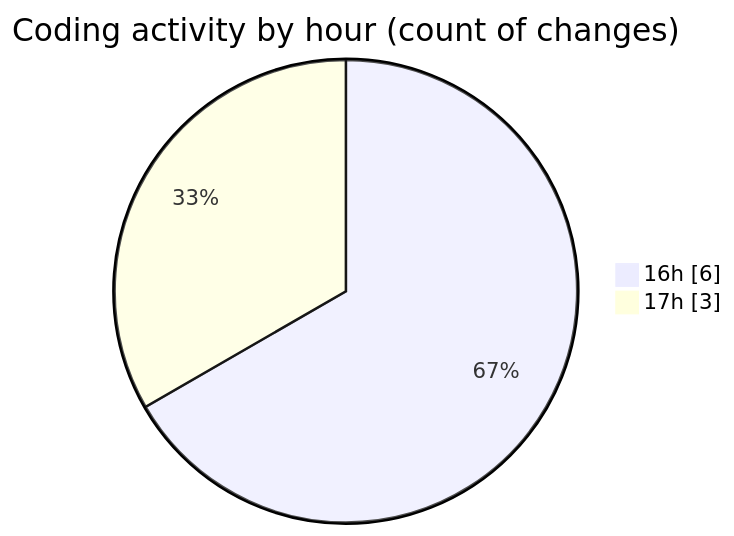
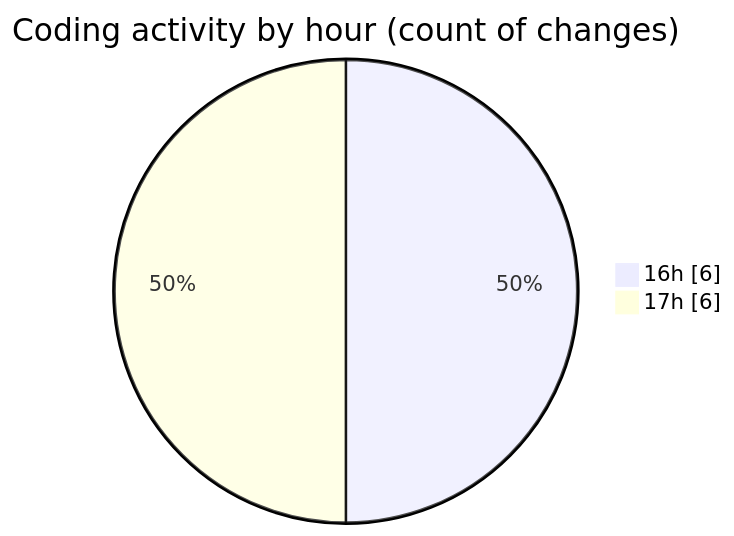
Before and after one commit to idhammustaqopulfikri/code-tracking: the second of 2 diagrams in 2025-06-22/studio-backend/README.md, drawn with Mermaid. The commit also changed other lines of this file and 1 other file, not shown here.

````diff
--- a/2025-06-22/studio-backend/README.md
+++ b/2025-06-22/studio-backend/README.md
@@ -31,6 +34,6 @@
 ```mermaid
 pie showData
 title Coding activity by hour (count of changes)
 "16h" : 6
-"17h" : 3
+"17h" : 6
 ```
````
